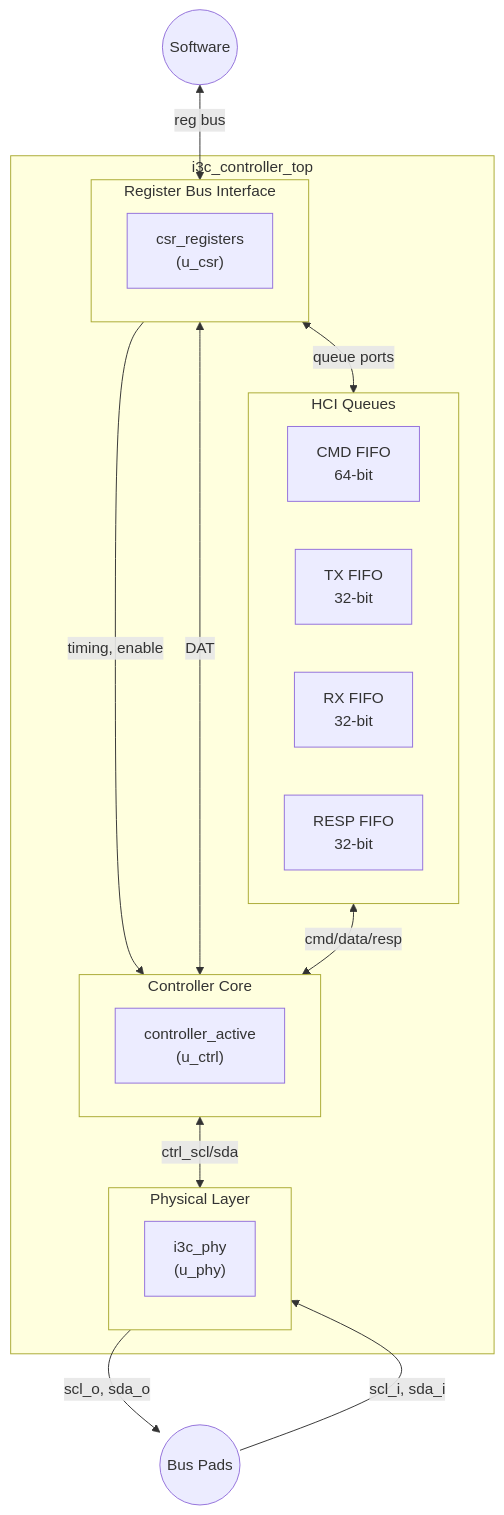
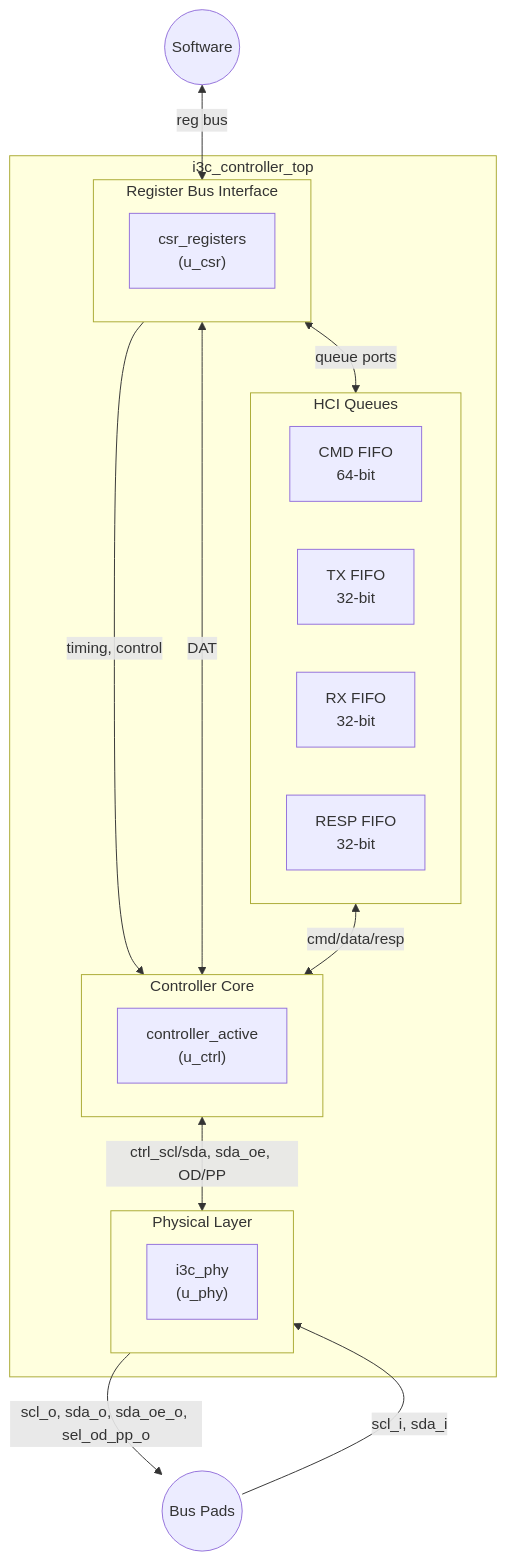
The diagram in docs/module_specs/11_i3c_controller_top_spec.md (minhuy206/i3c), drawn with Mermaid before and after one commit. The commit also changed other lines of this file and 63 other files, not shown here.

First line of the commit message:
Add abort vseqs, resp vseqs, and refactor flow_active RTL

````diff
--- a/docs/module_specs/11_i3c_controller_top_spec.md
+++ b/docs/module_specs/11_i3c_controller_top_spec.md
@@ -87,33 +89,33 @@
 ```mermaid
 graph TB
     subgraph TOP["i3c_controller_top"]
         subgraph REG_BUS["Register Bus Interface"]
             CSR["csr_registers<br/>(u_csr)"]
         end
 
         subgraph QUEUES["HCI Queues"]
             CMD["CMD FIFO<br/>64-bit"]
             TX["TX FIFO<br/>32-bit"]
             RX["RX FIFO<br/>32-bit"]
             RESP["RESP FIFO<br/>32-bit"]
         end
 
         subgraph CTRL["Controller Core"]
             CA["controller_active<br/>(u_ctrl)"]
         end
 
         subgraph PHY_BLK["Physical Layer"]
             PHY["i3c_phy<br/>(u_phy)"]
         end
     end
 
     REG_BUS <-->|queue ports| QUEUES
-    REG_BUS -->|timing, enable| CTRL
+    REG_BUS -->|timing, control| CTRL
     REG_BUS <-->|DAT| CTRL
     QUEUES <-->|cmd/data/resp| CTRL
-    CTRL <-->|ctrl_scl/sda| PHY_BLK
+    CTRL <-->|ctrl_scl/sda, sda_oe, OD/PP| PHY_BLK
 
-    PHY_BLK -->|scl_o, sda_o| PAD((Bus Pads))
+    PHY_BLK -->|scl_o, sda_o, sda_oe_o, sel_od_pp_o| PAD((Bus Pads))
     PAD -->|scl_i, sda_i| PHY_BLK
     SW((Software)) <-->|reg bus| REG_BUS
 ```
````
